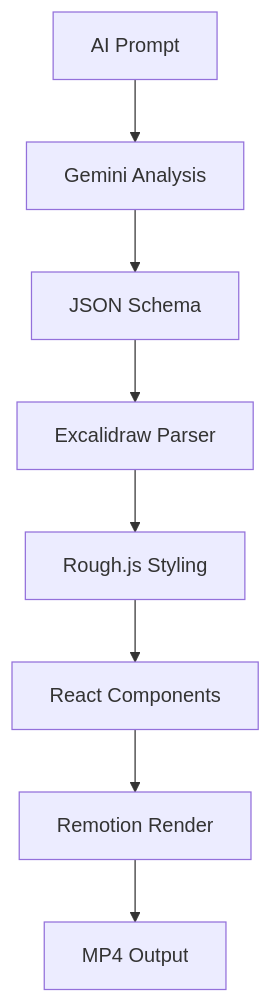
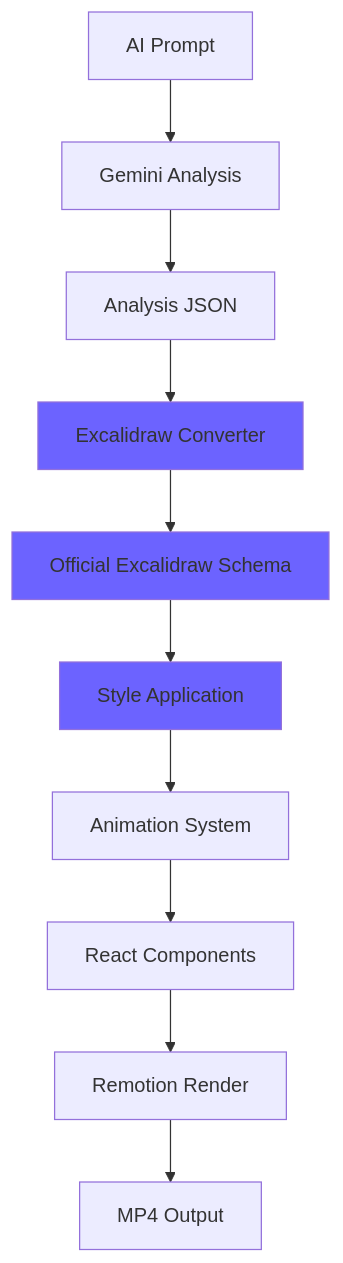
The diagram in PROJECT_STATUS.md (altanlens/youtube-automation-factory), drawn with Mermaid before and after one commit. The commit also changed other lines of this file, not shown here.

Commit message:
Update PROJECT_STATUS.md with completed Excalidraw integration milestone

````diff
--- a/PROJECT_STATUS.md
+++ b/PROJECT_STATUS.md
@@ -75,10 +95,16 @@
 ```mermaid
 graph TD
     A[AI Prompt] --> B[Gemini Analysis]
-    B --> C[JSON Schema]
-    C --> D[Excalidraw Parser]
-    D --> E[Rough.js Styling]
-    E --> F[React Components]
-    F --> G[Remotion Render]
-    G --> H[MP4 Output]
+    B --> C[Analysis JSON]
+    C --> D[Excalidraw Converter] 
+    D --> E[Official Excalidraw Schema]
+    E --> F[Style Application]
+    F --> G[Animation System]
+    G --> H[React Components]
+    H --> I[Remotion Render]
+    I --> J[MP4 Output]
+    
+    style D fill:#6C63FF
+    style E fill:#6C63FF
+    style F fill:#6C63FF
 ```
````
